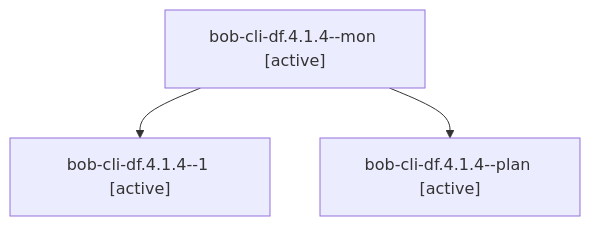
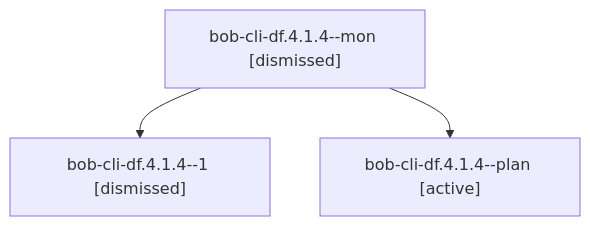
One commit to bobs-org/bob-cli--agents changed the diagram in sessions/bbugyi200.athena.bob-cli-df.4.1.4.md. Above: the diagram before and after it, drawn with Mermaid. The commit also changed other lines of this file and 117 other files, not shown here.

````diff
--- a/sessions/bbugyi200.athena.bob-cli-df.4.1.4.md
+++ b/sessions/bbugyi200.athena.bob-cli-df.4.1.4.md
@@ -9,8 +9,8 @@
 ```mermaid
 flowchart TD
-  n0["bob-cli-df.4.1.4--mon [active]"]
-  n1["bob-cli-df.4.1.4--1 [active]"]
+  n0["bob-cli-df.4.1.4--mon [dismissed]"]
+  n1["bob-cli-df.4.1.4--1 [dismissed]"]
   n0 --> n1
   n2["bob-cli-df.4.1.4--plan [active]"]
   n0 --> n2
 ```
````
